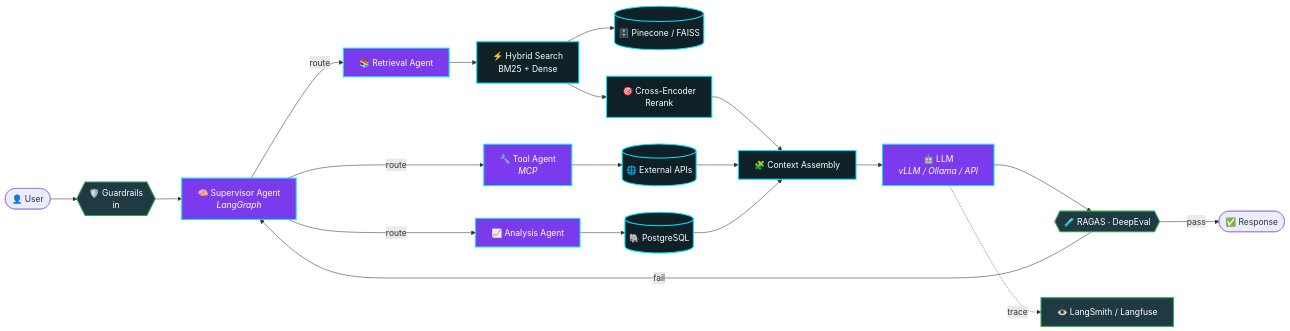
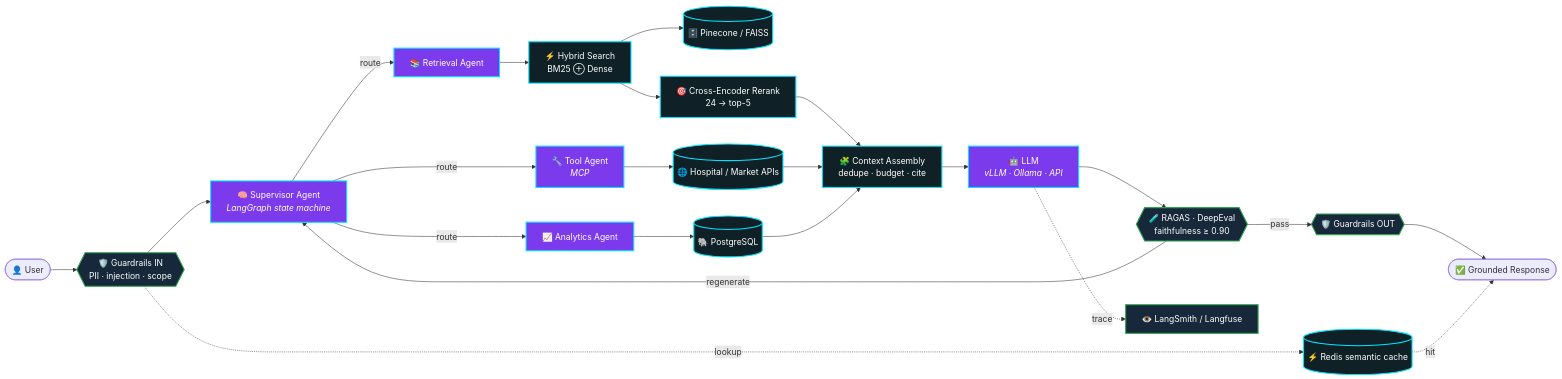
Before and after one commit to Kukilbharadwaj/Kukilbharadwaj: the first of 3 diagrams in README.md, drawn with Mermaid. The commit also changed other lines of this file and 5 other files, not shown here.

````diff
--- a/README.md
+++ b/README.md
@@ -78,34 +88,37 @@
 ```mermaid
 flowchart LR
-    U([👤 User]) --> GR{{"🛡️ Guardrails<br/>in"}}
-    GR --> SUP["🧠 Supervisor Agent<br/><i>LangGraph</i>"]
+    U([👤 User]) --> GI{{"🛡️ Guardrails IN<br/>PII · injection · scope"}}
+    GI --> SUP["🧠 Supervisor Agent<br/><i>LangGraph state machine</i>"]
 
     SUP -->|route| RAG["📚 Retrieval Agent"]
     SUP -->|route| TOOL["🔧 Tool Agent<br/><i>MCP</i>"]
-    SUP -->|route| ANL["📈 Analysis Agent"]
+    SUP -->|route| ANL["📈 Analytics Agent"]
 
-    RAG --> HYB["⚡ Hybrid Search<br/>BM25 + Dense"]
+    RAG --> HYB["⚡ Hybrid Search<br/>BM25 ⊕ Dense"]
     HYB --> VDB[("🗄️ Pinecone / FAISS")]
-    HYB --> RRK["🎯 Cross-Encoder<br/>Rerank"]
+    HYB --> RRK["🎯 Cross-Encoder Rerank<br/>24 → top-5"]
 
-    TOOL --> API[("🌐 External APIs")]
+    TOOL --> API[("🌐 Hospital / Market APIs")]
     ANL --> SQL[("🐘 PostgreSQL")]
 
-    RRK --> CTX["🧩 Context Assembly"]
+    RRK --> CTX["🧩 Context Assembly<br/>dedupe · budget · cite"]
     API --> CTX
     SQL --> CTX
 
-    CTX --> LLM["🤖 LLM<br/><i>vLLM / Ollama / API</i>"]
-    LLM --> EVAL{{"🧪 RAGAS · DeepEval"}}
-    EVAL -->|fail| SUP
-    EVAL -->|pass| OUT([✅ Response])
+    CTX --> LLM["🤖 LLM<br/><i>vLLM · Ollama · API</i>"]
+    LLM --> EV{{"🧪 RAGAS · DeepEval<br/>faithfulness ≥ 0.90"}}
+    EV -->|regenerate| SUP
+    EV -->|pass| GO{{"🛡️ Guardrails OUT"}}
+    GO --> OUT([✅ Grounded Response])
 
     LLM -.trace.-> OBS["👁️ LangSmith / Langfuse"]
+    CACHE[("⚡ Redis semantic cache")] -.hit.-> OUT
+    GI -.lookup.-> CACHE
 
     classDef agent fill:#7C3AED,stroke:#00E5FF,stroke-width:2px,color:#fff
-    classDef data fill:#0F2027,stroke:#00E5FF,stroke-width:2px,color:#fff
-    classDef gate fill:#203A43,stroke:#2ea44f,stroke-width:2px,color:#fff
+    classDef data  fill:#0F2027,stroke:#00E5FF,stroke-width:2px,color:#fff
+    classDef gate  fill:#16283A,stroke:#2ea44f,stroke-width:2px,color:#fff
     class SUP,RAG,TOOL,ANL,LLM agent
-    class VDB,SQL,API,HYB,RRK,CTX data
-    class GR,EVAL,OBS gate
+    class VDB,SQL,API,HYB,RRK,CTX,CACHE data
+    class GI,GO,EV,OBS gate
 ```
````
